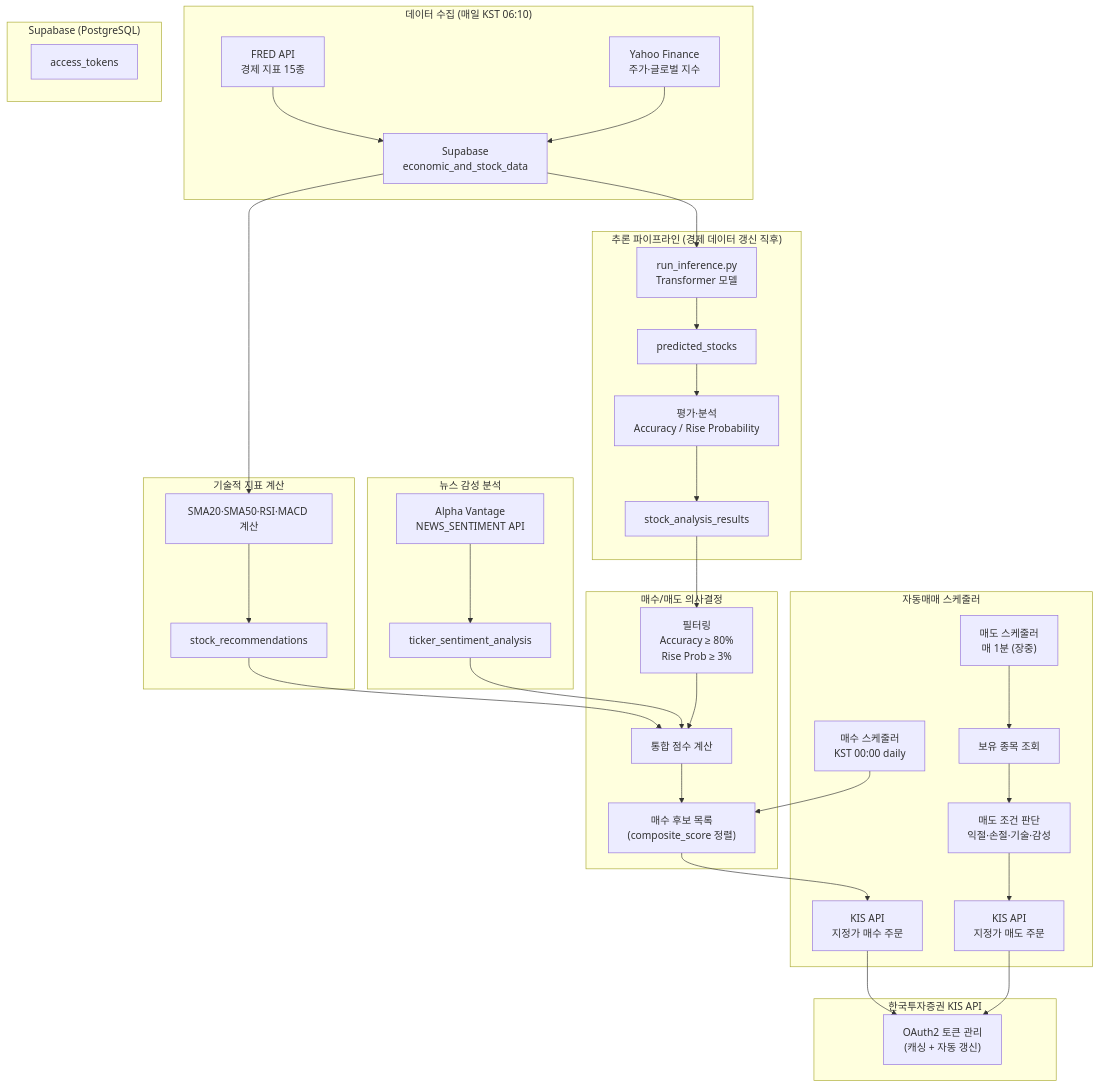
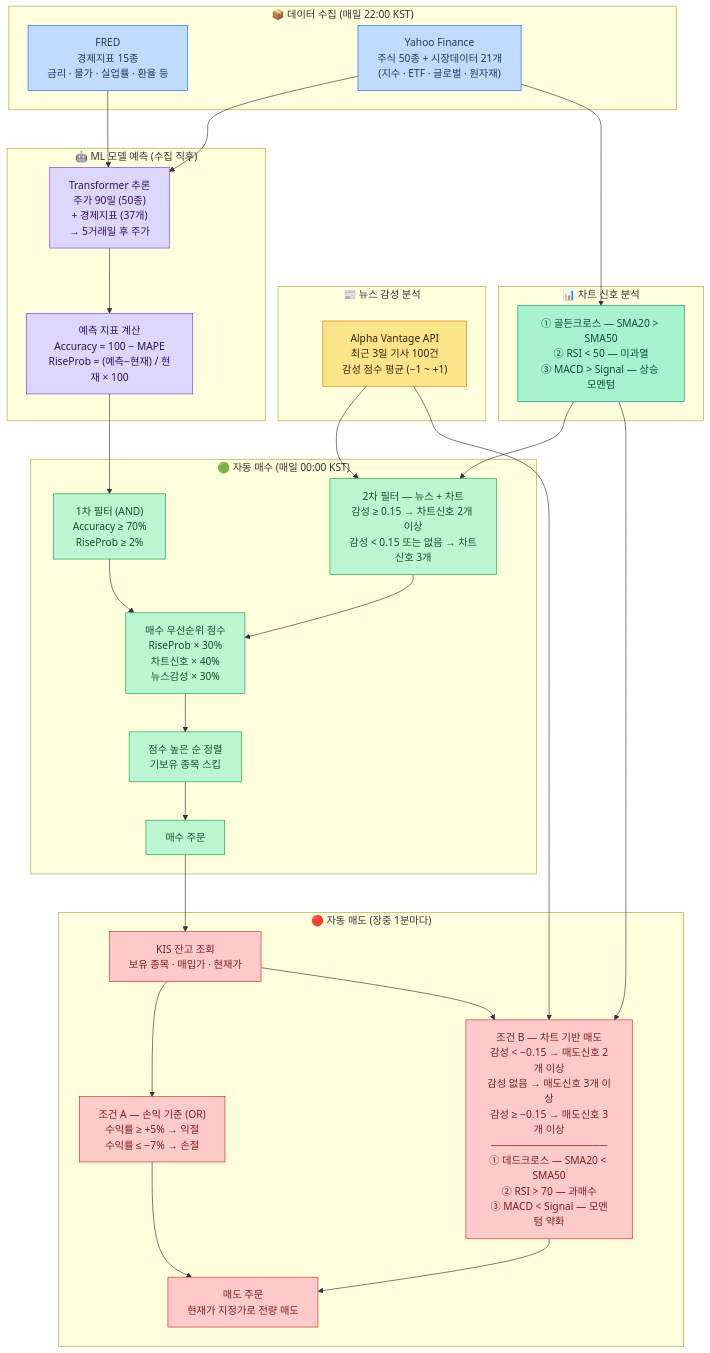
The second of 3 diagrams in docs/README.md (JangJiWon0108/-trader-ai), drawn with Mermaid before and after one commit. The commit also changed other lines of this file and 58 other files, not shown here.

````diff
--- a/docs/README.md
+++ b/docs/README.md
@@ -23,58 +80,71 @@
 ```mermaid
-graph TD
-    subgraph Data["데이터 수집 (매일 KST 06:10)"]
-        FRED["FRED API<br/>경제 지표 15종"]
-        YF["Yahoo Finance<br/>주가·글로벌 지수"]
-        FRED --> DB_ECON["Supabase<br/>economic_and_stock_data"]
-        YF --> DB_ECON
+%%{init: {"flowchart": {"useMaxWidth": true, "htmlLabels": true, "nodeSpacing": 40, "rankSpacing": 60}} }%%
+flowchart TD
+    subgraph Data["📦 데이터 수집 (매일 22:00 KST)"]
+        FRED["FRED<br/>경제지표 15종<br/>금리 · 물가 · 실업률 · 환율 등"]
+        YF["Yahoo Finance<br/>주식 50종 + 시장데이터 21개<br/>(지수 · ETF · 글로벌 · 원자재)"]
     end
 
-    subgraph Inference["추론 파이프라인 (경제 데이터 갱신 직후)"]
-        DB_ECON --> INF["run_inference.py<br/>Transformer 모델"]
-        INF --> DB_PRED["predicted_stocks"]
-        DB_PRED --> EVAL["평가·분석<br/>Accuracy / Rise Probability"]
-        EVAL --> DB_ANAL["stock_analysis_results"]
+    subgraph AI["🤖 ML 모델 예측 (수집 직후)"]
+        INF["Transformer 추론<br/>주가 90일 (50종)<br/>+ 경제지표 (37개)<br/>→ 5거래일 후 주가"]
+        EVAL["예측 지표 계산<br/>Accuracy = 100 − MAPE<br/>RiseProb = (예측−현재) / 현재 × 100"]
     end
 
-    subgraph Sentiment["뉴스 감성 분석"]
-        ALPHA["Alpha Vantage<br/>NEWS_SENTIMENT API"]
-        ALPHA --> DB_SENT["ticker_sentiment_analysis"]
+    subgraph Sentiment["📰 뉴스 감성 분석"]
+        ALPHA["Alpha Vantage API<br/>최근 3일 기사 100건<br/>감성 점수 평균 (−1 ~ +1)"]
     end
 
-    subgraph Technical["기술적 지표 계산"]
-        DB_ECON --> TECH["SMA20·SMA50·RSI·MACD 계산"]
-        TECH --> DB_TECH["stock_recommendations"]
+    subgraph Technical["📊 차트 신호 분석"]
+        TECH["① 골든크로스 — SMA20 &gt; SMA50<br/>② RSI &lt; 50 — 미과열<br/>③ MACD &gt; Signal — 상승 모멘텀"]
     end
 
-    subgraph Decision["매수/매도 의사결정"]
-        DB_ANAL --> FILTER["필터링<br/>Accuracy ≥ 80%<br/>Rise Prob ≥ 3%"]
-        DB_TECH --> MERGE["통합 점수 계산"]
-        DB_SENT --> MERGE
-        FILTER --> MERGE
-        MERGE --> BUY_CAND["매수 후보 목록<br/>(composite_score 정렬)"]
+    subgraph AutoBuy["🟢 자동 매수 (매일 00:00 KST)"]
+        FILTER["1차 필터 (AND)<br/>Accuracy ≥ 70%<br/>RiseProb ≥ 2%"]
+        RULE_BUY["2차 필터 — 뉴스 + 차트<br/>감성 ≥ 0.15 → 차트신호 2개 이상<br/>감성 &lt; 0.15 또는 없음 → 차트신호 3개"]
+        MERGE["매수 우선순위 점수<br/>RiseProb × 30%<br/>차트신호 × 40%<br/>뉴스감성 × 30%"]
+        BUY_CAND["점수 높은 순 정렬<br/>기보유 종목 스킵"]
+        BUY["매수 주문"]
     end
 
-    subgraph Scheduler["자동매매 스케줄러"]
-        SCH_BUY["매수 스케줄러<br/>KST 00:00 daily"] --> BUY_CAND
-        BUY_CAND --> KIS_BUY["KIS API<br/>지정가 매수 주문"]
-
-        SCH_SELL["매도 스케줄러<br/>매 1분 (장중)"] --> HOLD["보유 종목 조회"]
-        HOLD --> SELL_LOGIC["매도 조건 판단<br/>익절·손절·기술·감성"]
-        SELL_LOGIC --> KIS_SELL["KIS API<br/>지정가 매도 주문"]
+    subgraph AutoSell["🔴 자동 매도 (장중 1분마다)"]
+        HOLDINGS["KIS 잔고 조회<br/>보유 종목 · 매입가 · 현재가"]
+        SELL_PL["조건 A — 손익 기준 (OR)<br/>수익률 ≥ +5% → 익절<br/>수익률 ≤ −7% → 손절"]
+        SELL_RULE["조건 B — 차트 기반 매도<br/>감성 &lt; −0.15 → 매도신호 2개 이상<br/>감성 없음 → 매도신호 3개 이상<br/>감성 ≥ −0.15 → 매도신호 3개 이상<br/>────────────────<br/>① 데드크로스 — SMA20 &lt; SMA50<br/>② RSI &gt; 70 — 과매수<br/>③ MACD &lt; Signal — 모멘텀 약화"]
+        SELL_ORDER["매도 주문<br/>현재가 지정가로 전량 매도"]
     end
 
-    subgraph KIS["한국투자증권 KIS API"]
-        KIS_AUTH["OAuth2 토큰 관리<br/>(캐싱 + 자동 갱신)"]
-        KIS_BUY --> KIS_AUTH
-        KIS_SELL --> KIS_AUTH
-    end
+    FRED --> INF
+    YF --> INF
+    YF --> TECH
+    INF --> EVAL
+    EVAL --> FILTER
+    ALPHA --> RULE_BUY
+    TECH --> RULE_BUY
+    FILTER --> MERGE
+    RULE_BUY --> MERGE
+    MERGE --> BUY_CAND
+    BUY_CAND --> BUY
+    BUY --> HOLDINGS
+    TECH --> SELL_RULE
+    ALPHA --> SELL_RULE
 
-    subgraph DB["Supabase (PostgreSQL)"]
-        DB_ECON
-        DB_PRED
-        DB_ANAL
-        DB_SENT
-        DB_TECH
-        DB_TOKEN["access_tokens"]
-    end
+    HOLDINGS --> SELL_PL
+    HOLDINGS --> SELL_RULE
+
+    SELL_PL --> SELL_ORDER
+    SELL_RULE --> SELL_ORDER
+
+    classDef dataStyle fill:#BFDBFE,stroke:#2563EB,color:#1e3a5f
+    classDef aiStyle fill:#DDD6FE,stroke:#7C3AED,color:#2e1065
+    classDef sentStyle fill:#FDE68A,stroke:#D97706,color:#451a03
+    classDef techStyle fill:#A7F3D0,stroke:#059669,color:#064e3b
+    classDef buyStyle fill:#BBF7D0,stroke:#16A34A,color:#14532d
+    classDef sellStyle fill:#FECACA,stroke:#DC2626,color:#7f1d1d
+
+    class FRED,YF dataStyle
+    class INF,EVAL aiStyle
+    class ALPHA sentStyle
+    class TECH techStyle
+    class FILTER,RULE_BUY,MERGE,BUY_CAND,BUY buyStyle
+    class HOLDINGS,SELL_PL,SELL_RULE,SELL_ORDER sellStyle
 ```
````
